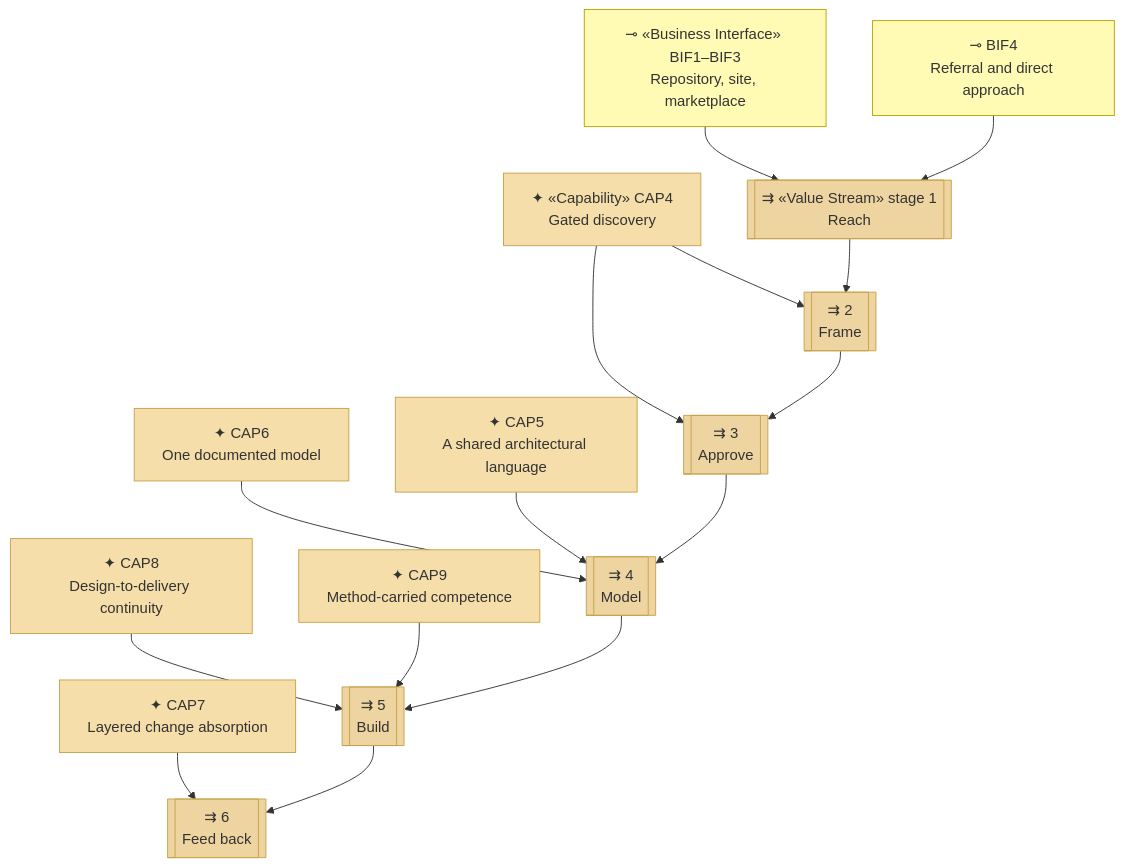
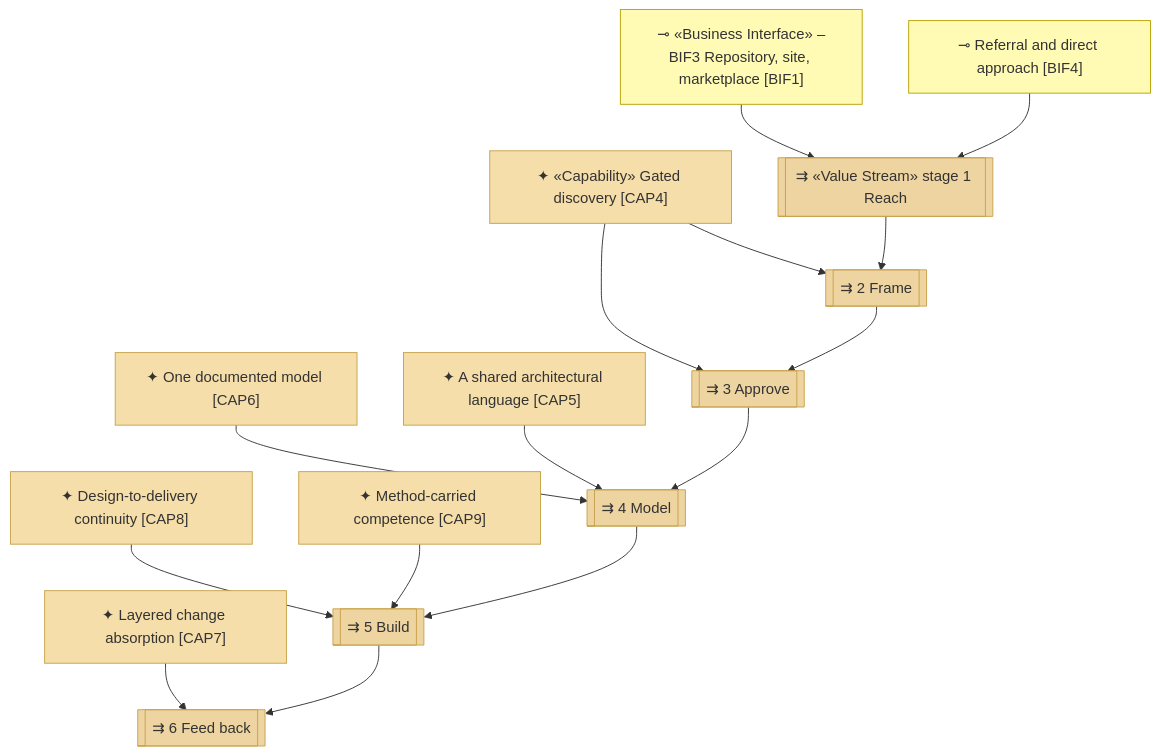
The third of 4 diagrams in org-archreator/architecture/1_strategy/3_value-stream.md (roanboc/architecture-archreator), drawn with Mermaid before and after one commit. The commit also changed other lines of this file and 38 other files, not shown here.

````diff
--- a/org-archreator/architecture/1_strategy/3_value-stream.md
+++ b/org-archreator/architecture/1_strategy/3_value-stream.md
@@ -85,35 +85,35 @@
 ```mermaid
 flowchart TB
-  bif1["⊸ «Business Interface» BIF1–BIF3<br>Repository, site, marketplace"]:::interface
-  bif4["⊸ BIF4<br>Referral and direct approach"]:::interface
+  bif1["⊸ «Business Interface» –BIF3 Repository, site, marketplace [BIF1]"]:::interface
+  bif4["⊸ Referral and direct approach [BIF4]"]:::interface
 
-  s1[["⇉ «Value Stream» stage 1<br>Reach"]]:::stage
-  s2[["⇉ 2<br>Frame"]]:::stage
-  s3[["⇉ 3<br>Approve"]]:::stage
-  s4[["⇉ 4<br>Model"]]:::stage
-  s5[["⇉ 5<br>Build"]]:::stage
-  s6[["⇉ 6<br>Feed back"]]:::stage
+  s1[["⇉ «Value Stream» stage 1 Reach"]]:::stage
+  s2[["⇉ 2 Frame"]]:::stage
+  s3[["⇉ 3 Approve"]]:::stage
+  s4[["⇉ 4 Model"]]:::stage
+  s5[["⇉ 5 Build"]]:::stage
+  s6[["⇉ 6 Feed back"]]:::stage
 
-  c4["✦ «Capability» CAP4<br>Gated discovery"]:::capability
-  c8["✦ CAP8<br>Design-to-delivery continuity"]:::capability
-  c6["✦ CAP6<br>One documented model"]:::capability
-  c5["✦ CAP5<br>A shared architectural language"]:::capability
-  c9["✦ CAP9<br>Method-carried competence"]:::capability
-  c7["✦ CAP7<br>Layered change absorption"]:::capability
+  c4["✦ «Capability» Gated discovery [CAP4]"]:::capability
+  c8["✦ Design-to-delivery continuity [CAP8]"]:::capability
+  c6["✦ One documented model [CAP6]"]:::capability
+  c5["✦ A shared architectural language [CAP5]"]:::capability
+  c9["✦ Method-carried competence [CAP9]"]:::capability
+  c7["✦ Layered change absorption [CAP7]"]:::capability
 
   bif1 --> s1
   bif4 --> s1
   c4 --> s2
   c4 --> s3
   c6 --> s4
   c5 --> s4
   c8 --> s5
   c9 --> s5
   c7 --> s6
 
   s1 --> s2 --> s3 --> s4 --> s5 --> s6
 
   classDef stage fill:#eed4a0,stroke:#c8a24a,color:#333
   classDef capability fill:#f5deaa,stroke:#c8a24a,color:#333
   classDef interface fill:#fffbb5,stroke:#b8a200,color:#333
 ```
````
